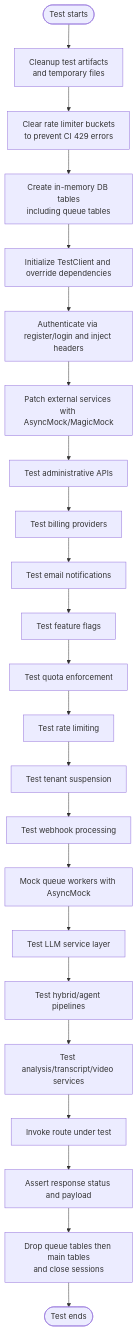
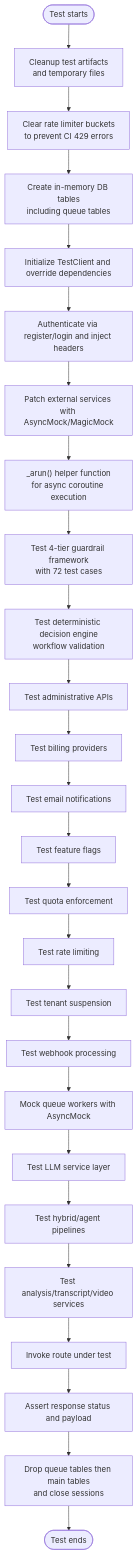
The third of 18 diagrams in .qoder/repowiki/en/content/Testing Strategy.md (Revanththetalogics/aireume), drawn with Mermaid before and after one commit. The commit also changed other lines of this file and 21 other files, not shown here.

````diff
--- a/.qoder/repowiki/en/content/Testing Strategy.md
+++ b/.qoder/repowiki/en/content/Testing Strategy.md
@@ -216,25 +312,28 @@
 ```mermaid
 flowchart TD
 Start(["Test starts"]) --> Cleanup["Cleanup test artifacts<br/>and temporary files"]
 Cleanup --> RLClear["Clear rate limiter buckets<br/>to prevent CI 429 errors"]
 RLClear --> DB["Create in-memory DB tables<br/>including queue tables"]
 DB --> Client["Initialize TestClient and override dependencies"]
 Client --> Auth["Authenticate via register/login and inject headers"]
 Auth --> Mocks["Patch external services with AsyncMock/MagicMock"]
-Mocks --> Admin["Test administrative APIs"]
+Mocks --> AsyncTest["_arun() helper function<br/>for async coroutine execution"]
+AsyncTest --> Guardrail["Test 4-tier guardrail framework<br/>with 72 test cases"]
+Guardrail --> Deterministic["Test deterministic decision engine<br/>workflow validation"]
+Deterministic --> Admin["Test administrative APIs"]
 Admin --> Billing["Test billing providers"]
 Billing --> Email["Test email notifications"]
 Email --> Flags["Test feature flags"]
 Flags --> Quota["Test quota enforcement"]
 Quota --> Rate["Test rate limiting"]
 Rate --> Suspension["Test tenant suspension"]
 Suspension --> Webhooks["Test webhook processing"]
 Webhooks --> Queue["Mock queue workers with AsyncMock"]
 Queue --> LLM["Test LLM service layer"]
 LLM --> Pipelines["Test hybrid/agent pipelines"]
 Pipelines --> Services["Test analysis/transcript/video services"]
 Services --> RouteCall["Invoke route under test"]
 RouteCall --> Asserts["Assert response status and payload"]
 Asserts --> Cleanup2["Drop queue tables then main tables<br/>and close sessions"]
 Cleanup2 --> End(["Test ends"])
 ```
````
